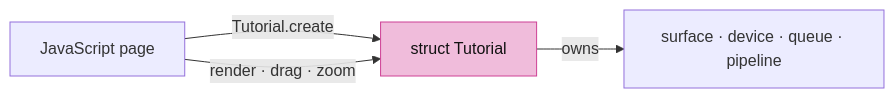
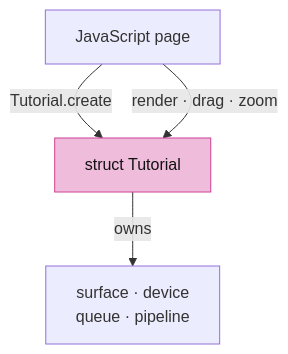
One commit to petrasvestartas/session changed the second of 8 diagrams in session_viewer/docs/01-first-frame.md. Above: the diagram before and after it, drawn with Mermaid. The commit also changed other lines of this file and 34 other files, not shown here.

First line of the commit message:
Course: each lesson teaches its file's final form; diagrams fit the column

````diff
--- a/session_viewer/docs/01-first-frame.md
+++ b/session_viewer/docs/01-first-frame.md
@@ -29,7 +29,7 @@
 ```mermaid
-flowchart LR
+flowchart TB
     J["JavaScript page"] -- "Tutorial.create" --> T["struct Tutorial"]
-    T -- "owns" --> R["surface · device · queue · pipeline"]
+    T -- "owns" --> R["surface · device<br>queue · pipeline"]
     J -- "render · drag · zoom" --> T
     style T fill:#f0bcdb,stroke:#ce4095,color:#111
 ```
````
